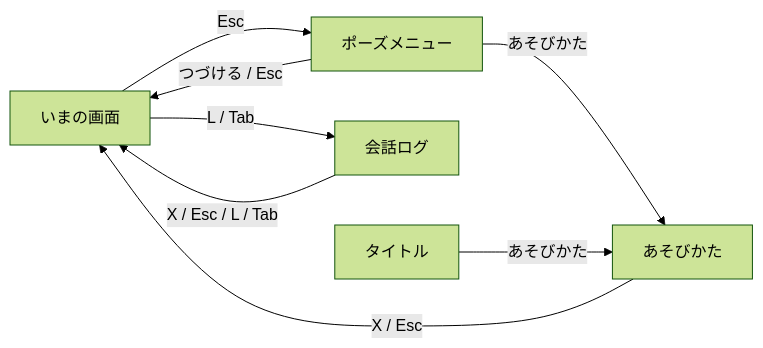
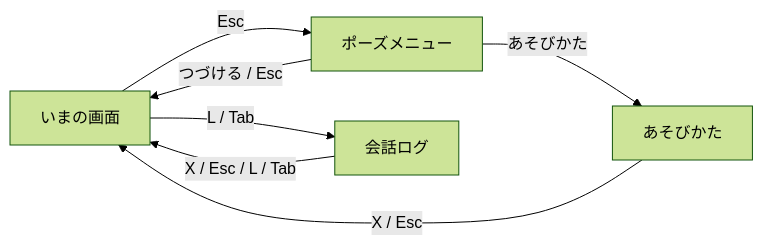
The second of 3 diagrams in wiki/09_システム/02_画面遷移.md (takutoruku1/algo_shoot), drawn with Mermaid (forest theme) before and after one commit. The commit also changed other lines of this file and 23 other files, not shown here.

````diff
--- a/wiki/09_システム/02_画面遷移.md
+++ b/wiki/09_システム/02_画面遷移.md
@@ -72,14 +69,13 @@
 ```mermaid
 flowchart LR
   ANY["いまの画面"]
   PAUSE["ポーズメニュー"]
   HOW["あそびかた"]
   LOG["会話ログ"]
   ANY -->|Esc| PAUSE
   PAUSE -->|つづける / Esc| ANY
   ANY -->|L / Tab| LOG
   LOG -->|X / Esc / L / Tab| ANY
   PAUSE -->|あそびかた| HOW
-  TITLEX["タイトル"] -->|あそびかた| HOW
   HOW -->|X / Esc| ANY
 ```
````
